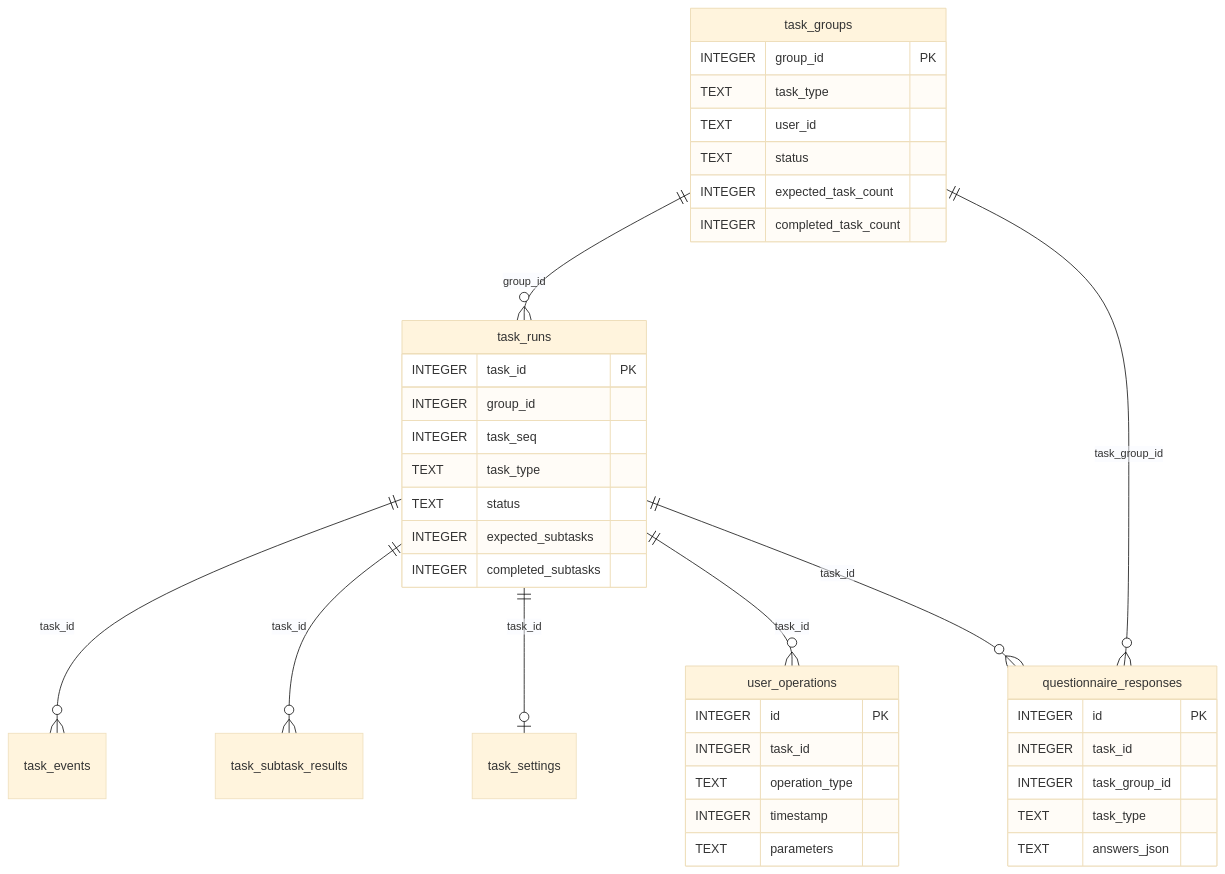
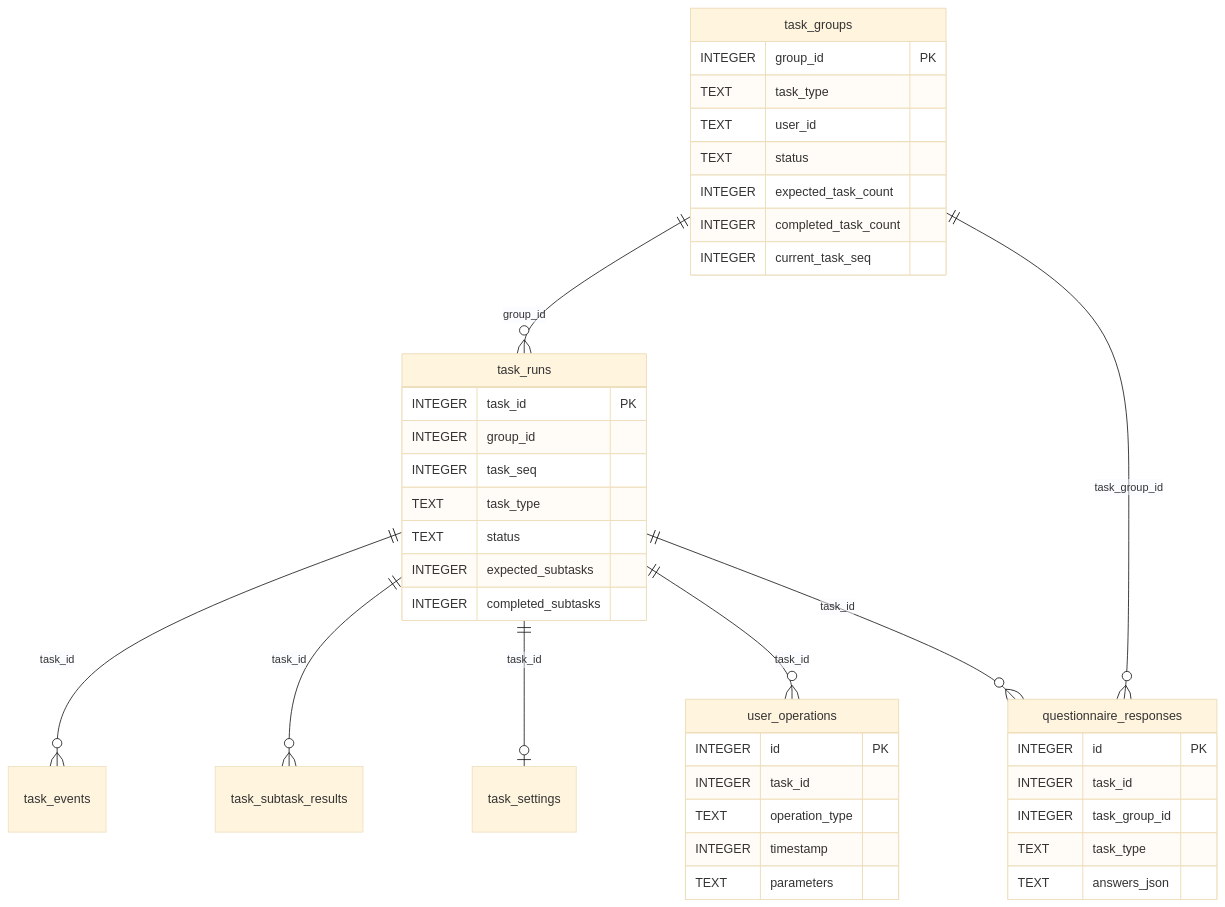
The diagram in server/docs/database_guide.md (PeirongAn/F18-Radar), drawn with Mermaid (base theme) before and after one commit. The commit also changed other lines of this file and 2 other files, not shown here.

Commit message:
fix: model task runs as individual subtasks

````diff
--- a/server/docs/database_guide.md
+++ b/server/docs/database_guide.md
@@ -53,42 +53,43 @@
 ```mermaid
 erDiagram
     task_groups ||--o{ task_runs : "group_id"
     task_runs ||--o{ task_events : "task_id"
     task_runs ||--o{ task_subtask_results : "task_id"
     task_runs ||--o| task_settings : "task_id"
     task_runs ||--o{ user_operations : "task_id"
     task_groups ||--o{ questionnaire_responses : "task_group_id"
     task_runs ||--o{ questionnaire_responses : "task_id"
 
     task_groups {
         INTEGER group_id PK
         TEXT task_type
         TEXT user_id
         TEXT status
         INTEGER expected_task_count
         INTEGER completed_task_count
+        INTEGER current_task_seq
     }
     task_runs {
         INTEGER task_id PK
         INTEGER group_id
         INTEGER task_seq
         TEXT task_type
         TEXT status
         INTEGER expected_subtasks
         INTEGER completed_subtasks
     }
     user_operations {
         INTEGER id PK
         INTEGER task_id
         TEXT operation_type
         INTEGER timestamp
         TEXT parameters
     }
     questionnaire_responses {
         INTEGER id PK
         INTEGER task_id
         INTEGER task_group_id
         TEXT task_type
         TEXT answers_json
     }
 ```
````
